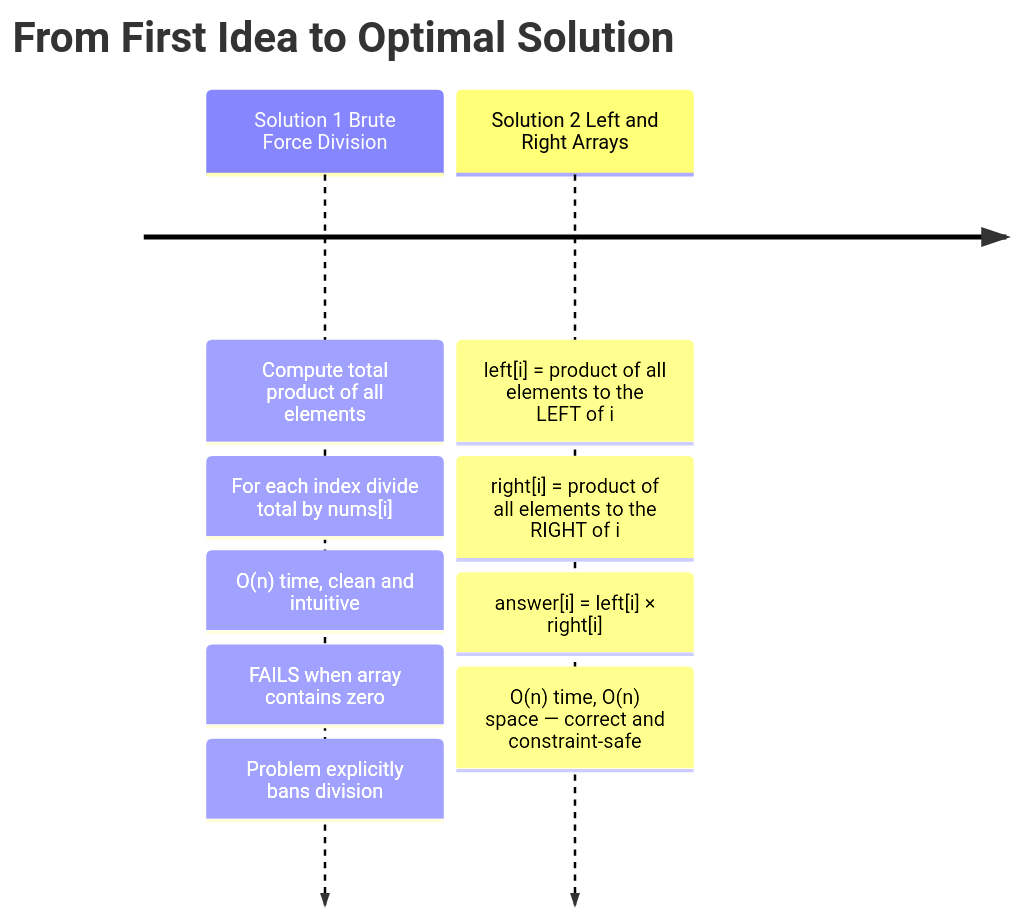
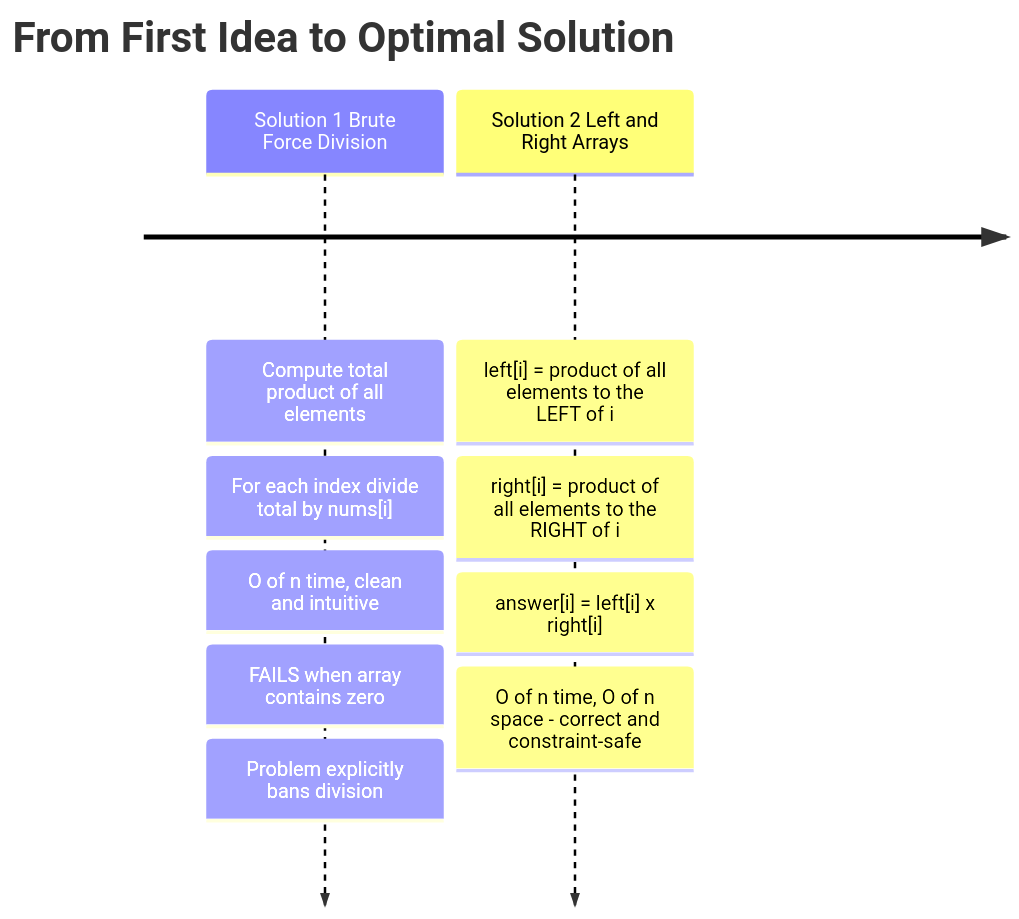
Before and after one commit to M-F-Tushar/LeetCode-Problem-Solving: the sixth of 15 diagrams in 8 - Product of Array Except Self/README.md, drawn with Mermaid. The commit also changed other lines of this file, not shown here.

````diff
--- a/8 - Product of Array Except Self/README.md
+++ b/8 - Product of Array Except Self/README.md
@@ -112,17 +200,17 @@
 ```mermaid
 timeline
     title From First Idea to Optimal Solution
 
     Solution 1 Brute Force Division
         : Compute total product of all elements
         : For each index divide total by nums[i]
-        : O(n) time, clean and intuitive
+        : O of n time, clean and intuitive
         : FAILS when array contains zero
         : Problem explicitly bans division
 
     Solution 2 Left and Right Arrays
         : left[i] = product of all elements to the LEFT of i
         : right[i] = product of all elements to the RIGHT of i
-        : answer[i] = left[i] × right[i]
-        : O(n) time, O(n) space — correct and constraint-safe
+        : answer[i] = left[i] x right[i]
+        : O of n time, O of n space  -  correct and constraint-safe
 ```
````
